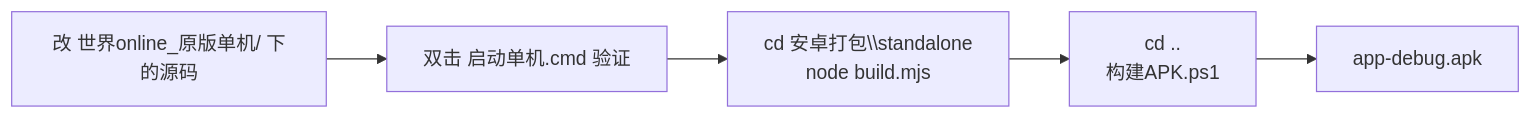
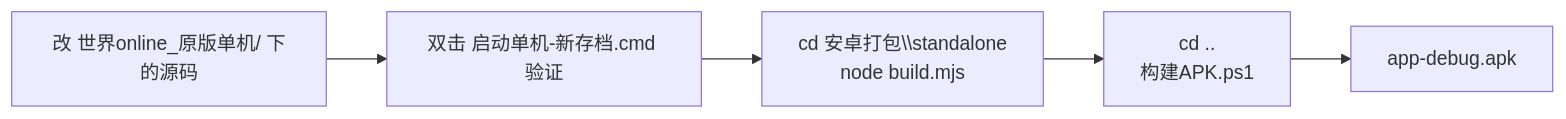
The diagram in 改BUG与重新打包APK指南.md (Halz77/worldol-offline), drawn with Mermaid before and after one commit. The commit also changed other lines of this file and 54 other files, not shown here.

````diff
--- a/改BUG与重新打包APK指南.md
+++ b/改BUG与重新打包APK指南.md
@@ -10,7 +10,7 @@
 ```mermaid
 flowchart LR
-  A["改 世界online_原版单机/ 下的源码"] --> B["双击 启动单机.cmd 验证"]
+  A["改 世界online_原版单机/ 下的源码"] --> B["双击 启动单机-新存档.cmd 验证"]
   B --> C["cd 安卓打包\\standalone<br/>node build.mjs"]
   C --> D["cd ..<br/>构建APK.ps1"]
   D --> E["app-debug.apk"]
 ```
````
